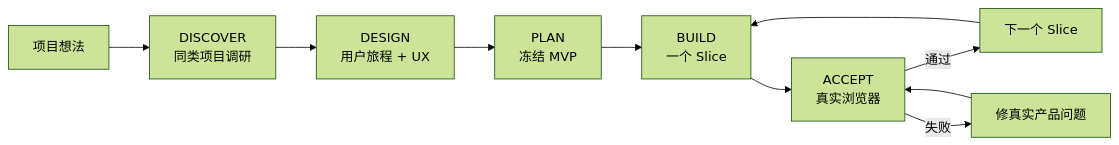
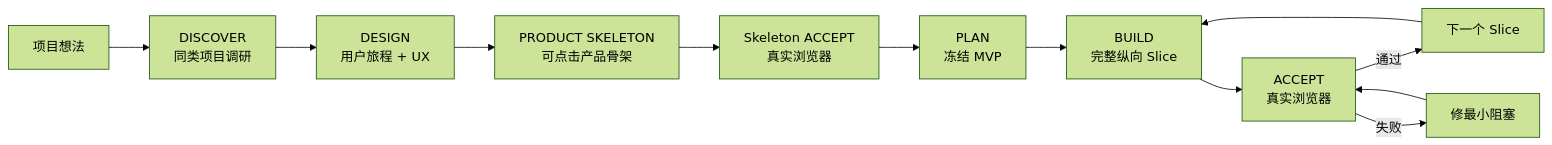
Before and after one commit to a2578348864a-sys/web-product-vibe: the diagram in README.zh-CN.md, drawn with Mermaid (forest theme). The commit also changed other lines of this file and 10 other files, not shown here.

Commit message:
Add product skeleton and vertical full-stack execution gates

````diff
--- a/README.zh-CN.md
+++ b/README.zh-CN.md
@@ -112,12 +181,14 @@
 ```mermaid
 flowchart LR
     A[项目想法] --> B[DISCOVER\n同类项目调研]
     B --> C[DESIGN\n用户旅程 + UX]
-    C --> D[PLAN\n冻结 MVP]
-    D --> E[BUILD\n一个 Slice]
+    C --> S[PRODUCT SKELETON\n可点击产品骨架]
+    S --> SG[Skeleton ACCEPT\n真实浏览器]
+    SG --> D[PLAN\n冻结 MVP]
+    D --> E[BUILD\n完整纵向 Slice]
     E --> F[ACCEPT\n真实浏览器]
     F -->|通过| G[下一个 Slice]
-    F -->|失败| H[修真实产品问题]
+    F -->|失败| H[修最小阻塞]
     H --> F
     G --> E
 ```
````
